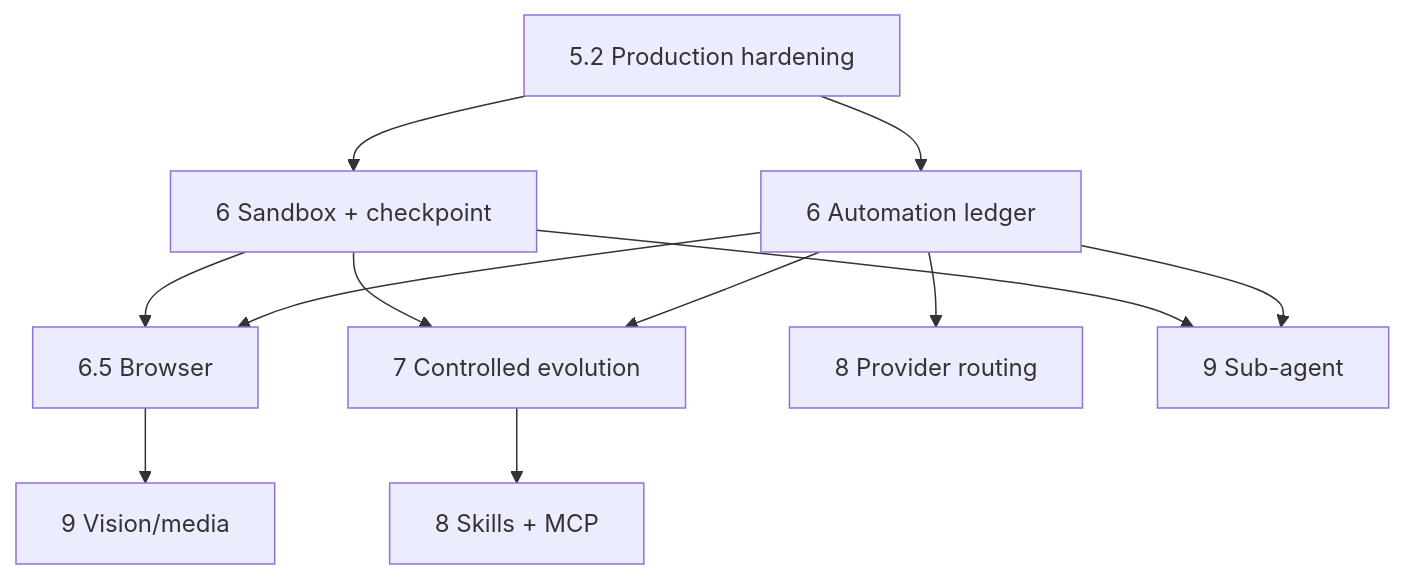
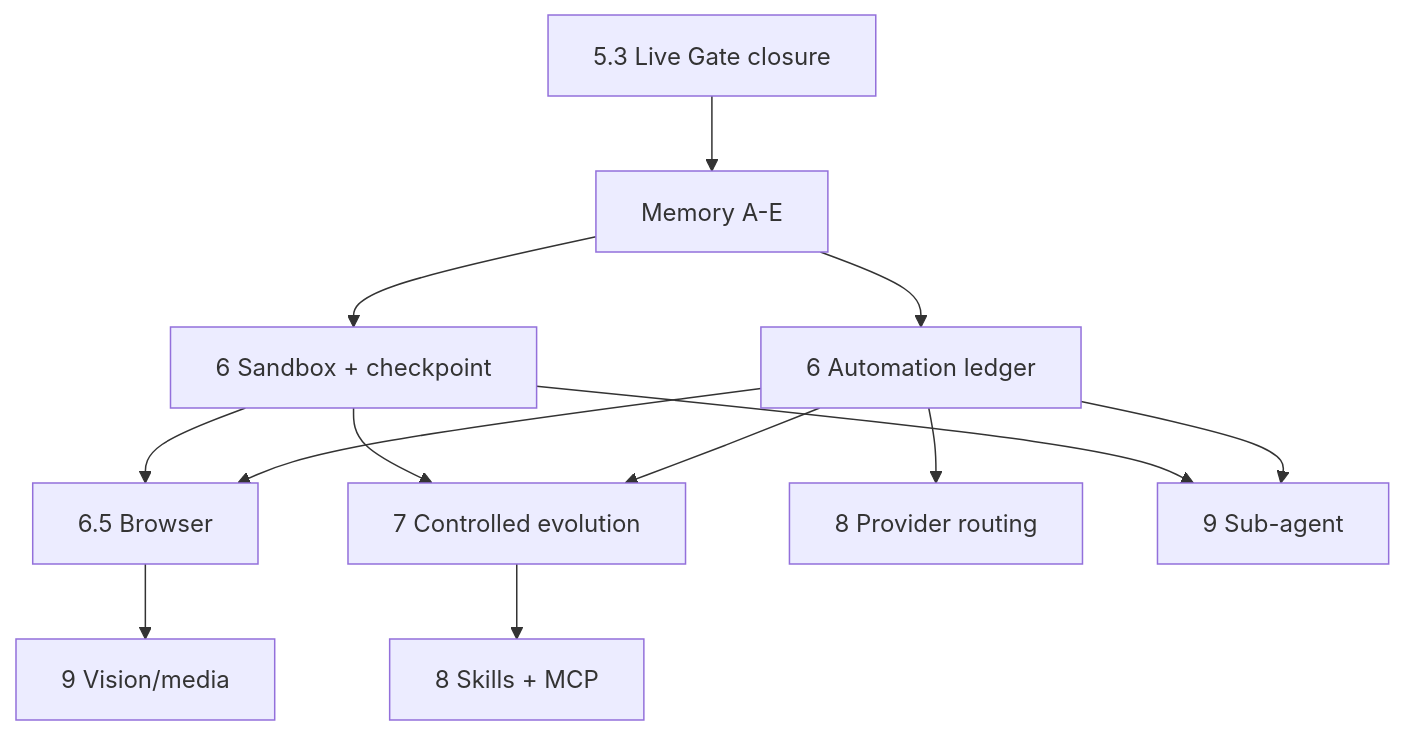
One commit to NEDONION/lobster0 changed the ninth of 9 diagrams in docs/engineering/openclaw-hermes-alignment-engineering-roadmap.md. Above: the diagram before and after it, drawn with Mermaid. The commit also changed other lines of this file and 44 other files, not shown here.

````diff
--- a/docs/engineering/openclaw-hermes-alignment-engineering-roadmap.md
+++ b/docs/engineering/openclaw-hermes-alignment-engineering-roadmap.md
@@ -859,14 +826,15 @@
 ```mermaid
 flowchart TD
-    OPS["5.2 Production hardening"] --> AUTO["6 Automation ledger"]
-    OPS --> SANDBOX["6 Sandbox + checkpoint"]
+    OPS["5.3 Live Gate closure"] --> MEMORY["Memory A-E"]
+    MEMORY --> AUTO["6 Automation ledger"]
+    MEMORY --> SANDBOX["6 Sandbox + checkpoint"]
     AUTO --> BROWSER["6.5 Browser"]
     SANDBOX --> BROWSER
     AUTO --> EVOLVE["7 Controlled evolution"]
     SANDBOX --> EVOLVE
     EVOLVE --> ECOSYSTEM["8 Skills + MCP"]
     AUTO --> ROUTER["8 Provider routing"]
     BROWSER --> MEDIA["9 Vision/media"]
     AUTO --> SUBTASK["9 Sub-agent"]
     SANDBOX --> SUBTASK
 ```
````
